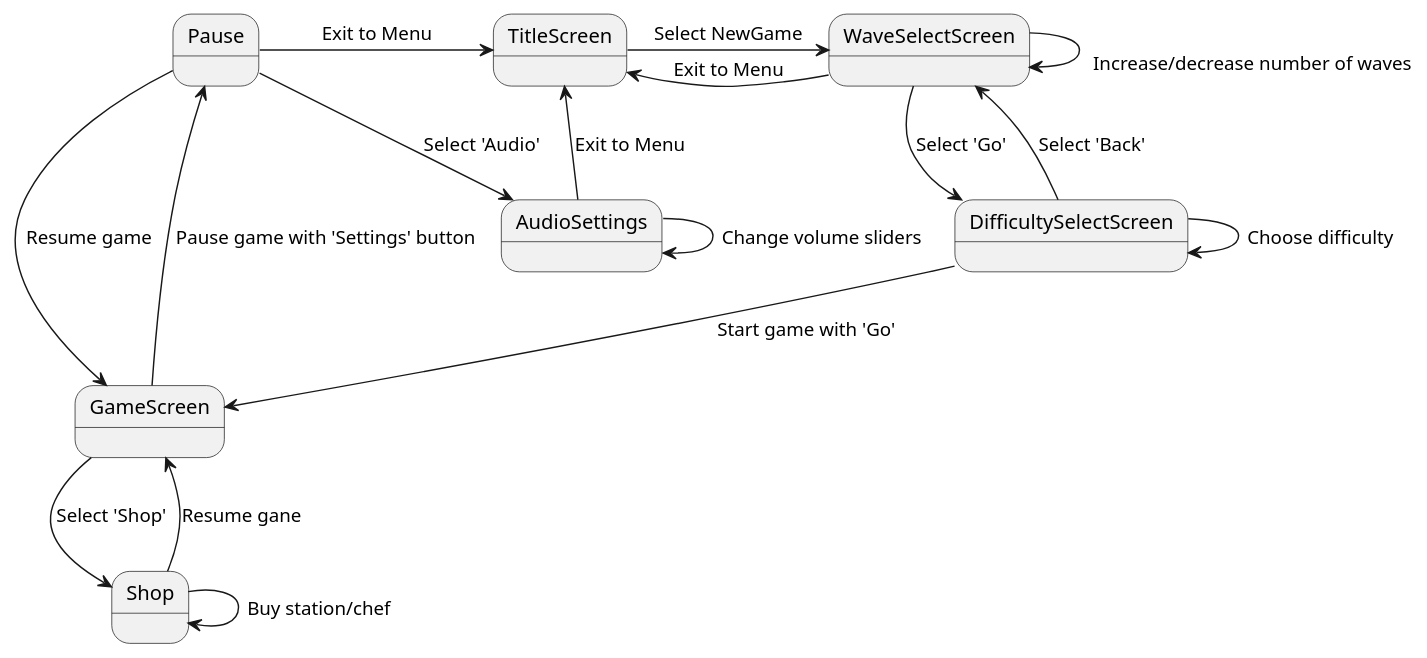
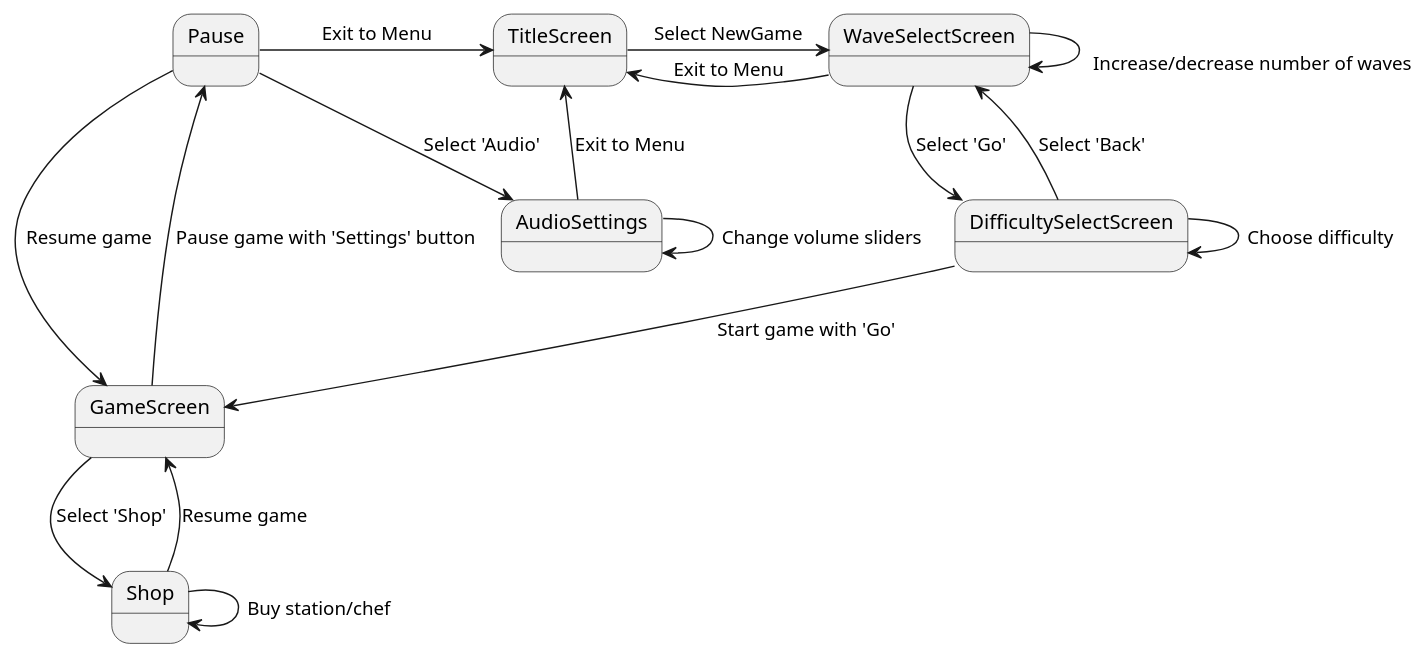
One commit to decassociation/project_eng1_team3 changed the diagram in UMLDiagrams/gamescreen.puml. Above: the diagram before and after it, drawn with PlantUML. The commit also changed 8 other files, not shown here.

```diff
--- a/UMLDiagrams/gamescreen.puml
+++ b/UMLDiagrams/gamescreen.puml
@@ -1,45 +1,45 @@
 @startuml
 'https://plantuml.com/state-diagram
 
 TitleScreen -> WaveSelectScreen : Select NewGame
 
 WaveSelectScreen -> WaveSelectScreen : \n Increase/decrease number of waves
 WaveSelectScreen -down-> DifficultySelectScreen : Select 'Go'
 WaveSelectScreen -> TitleScreen : Exit to Menu
 
 DifficultySelectScreen -down-> GameScreen : Start game with 'Go'
 DifficultySelectScreen -> DifficultySelectScreen : Choose difficulty
 DifficultySelectScreen -> WaveSelectScreen : Select 'Back'
 
 GameScreen -up-> Pause : Pause game with 'Settings' button
 GameScreen -down-> Shop : Select 'Shop'
 
 Pause -down-> GameScreen : Resume game
 Pause -> AudioSettings : Select 'Audio'
 Pause -> TitleScreen : Exit to Menu
 
 AudioSettings -> AudioSettings : Change volume sliders
 AudioSettings -up-> TitleScreen : Exit to Menu
 
 Shop -> Shop : Buy station/chef
-Shop -> GameScreen : Resume gane
+Shop -> GameScreen : Resume game
 
 state DifficultySelectScreen{
 }
 
 state GameScreen{
 }
 
 state Pause{
 }
 
 state TitleScreen{
 }
 
 state AudioSettings{
 }
 
 state Shop{
 }
 
 @enduml
```
